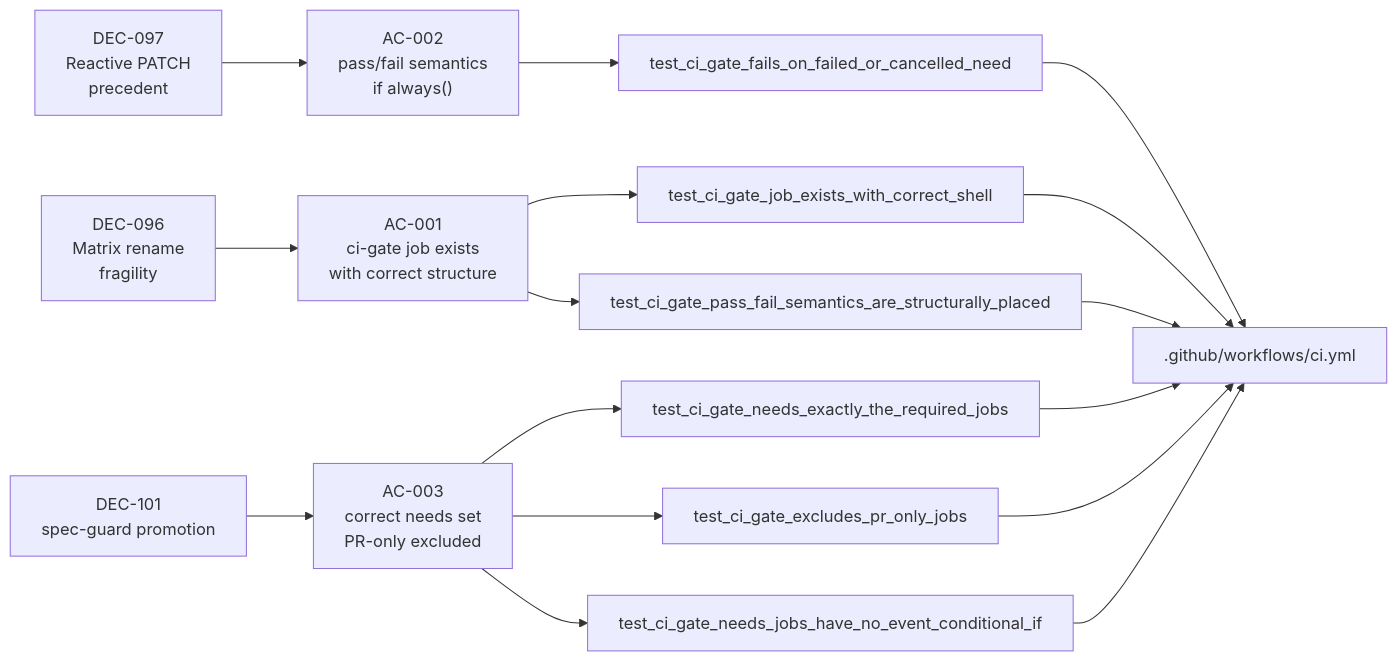
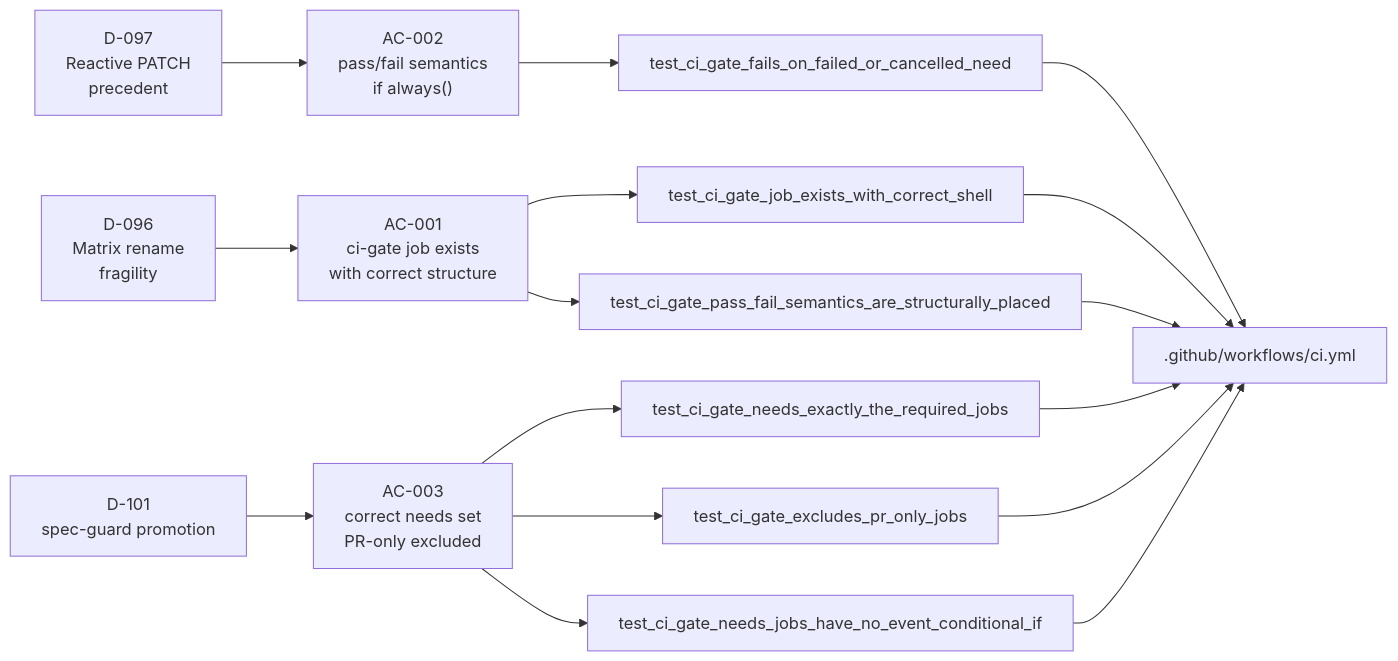
One commit to ArcavenAE/jira-cli changed the third of 5 diagrams in code-delivery/S-CIGATE-1/pr-description.md. Above: the diagram before and after it, drawn with Mermaid. The commit also changed other lines of this file and 531 other files, not shown here.

````diff
--- a/code-delivery/S-CIGATE-1/pr-description.md
+++ b/code-delivery/S-CIGATE-1/pr-description.md
@@ -69,18 +69,18 @@
 ```mermaid
 flowchart LR
-    DEC096["DEC-096\nMatrix rename\nfragility"] --> AC001["AC-001\nci-gate job exists\nwith correct structure"]
-    DEC097["DEC-097\nReactive PATCH\nprecedent"] --> AC002["AC-002\npass/fail semantics\nif always()"]
-    DEC101["DEC-101\nspec-guard promotion"] --> AC003["AC-003\ncorrect needs set\nPR-only excluded"]
+    DEC096["D-096\nMatrix rename\nfragility"] --> AC001["AC-001\nci-gate job exists\nwith correct structure"]
+    DEC097["D-097\nReactive PATCH\nprecedent"] --> AC002["AC-002\npass/fail semantics\nif always()"]
+    DEC101["D-101\nspec-guard promotion"] --> AC003["AC-003\ncorrect needs set\nPR-only excluded"]
     AC001 --> T1["test_ci_gate_job_exists_with_correct_shell"]
     AC001 --> T6["test_ci_gate_pass_fail_semantics_are_structurally_placed"]
     AC002 --> T2["test_ci_gate_fails_on_failed_or_cancelled_need"]
     AC003 --> T3["test_ci_gate_needs_exactly_the_required_jobs"]
     AC003 --> T4["test_ci_gate_excludes_pr_only_jobs"]
     AC003 --> T5["test_ci_gate_needs_jobs_have_no_event_conditional_if"]
     T1 --> CI[".github/workflows/ci.yml"]
     T2 --> CI
     T3 --> CI
     T4 --> CI
     T5 --> CI
     T6 --> CI
 ```
````
